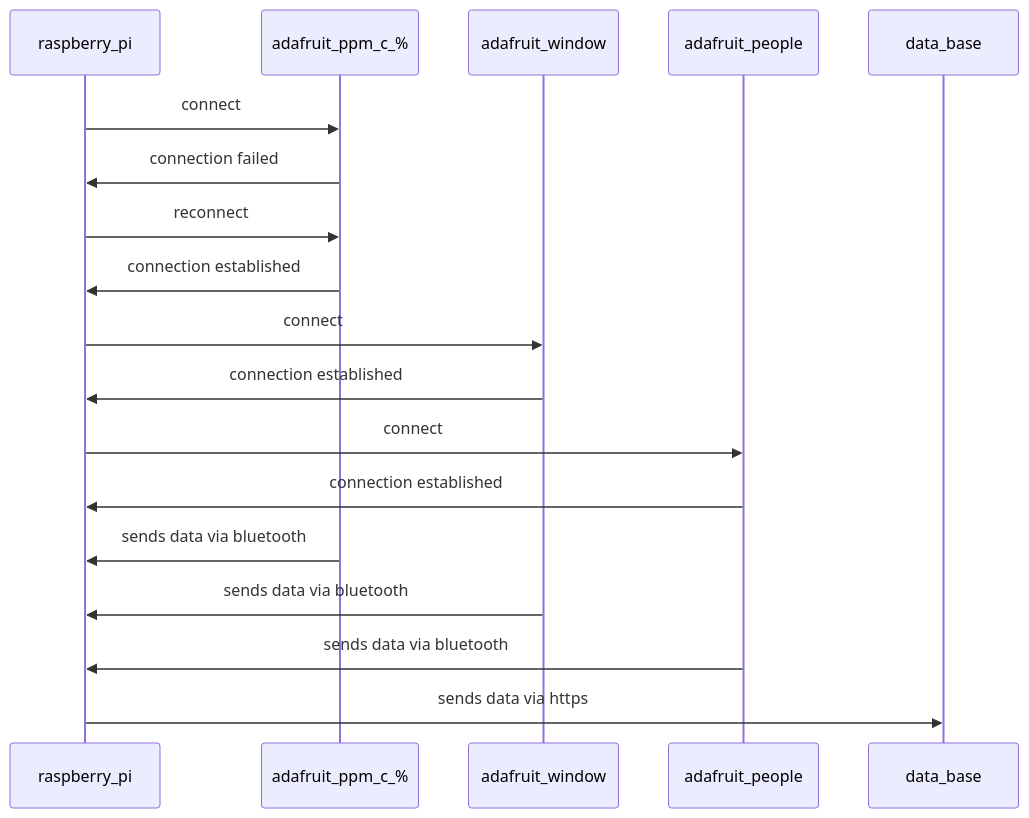
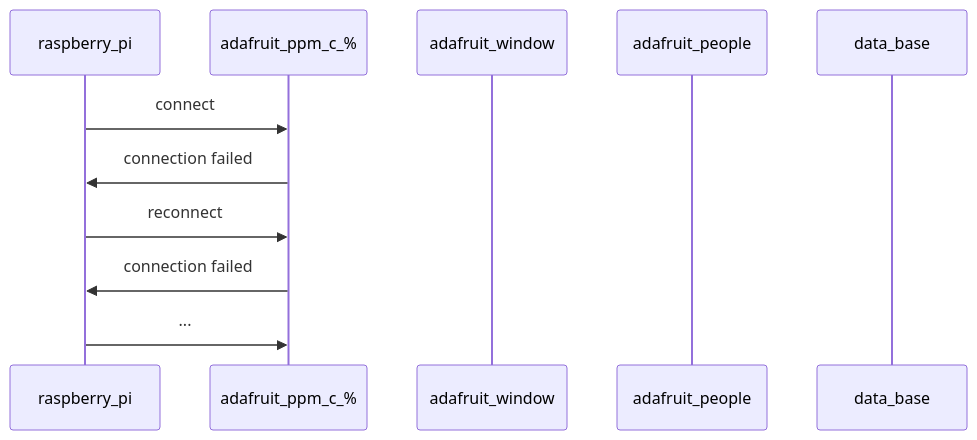
The second of 2 diagrams in abgabe_bericht/software_module_sequenzdiagramme/main_unit.md (nicolarohner1337/smartclassroom), drawn with Mermaid before and after one commit.

````diff
--- a/abgabe_bericht/software_module_sequenzdiagramme/main_unit.md
+++ b/abgabe_bericht/software_module_sequenzdiagramme/main_unit.md
@@ -21,20 +21,14 @@
 ```mermaid
 sequenceDiagram
     participant raspberry_pi
     participant adafruit_ppm_c_%
     participant adafruit_window
     participant adafruit_people
     participant data_base
     raspberry_pi->>adafruit_ppm_c_%: connect
     adafruit_ppm_c_%->>raspberry_pi: connection failed
     raspberry_pi->>adafruit_ppm_c_%: reconnect
-    adafruit_ppm_c_%->>raspberry_pi: connection established
-    raspberry_pi->>adafruit_window: connect
-    adafruit_window->>raspberry_pi: connection established
-    raspberry_pi->>adafruit_people: connect
-    adafruit_people->>raspberry_pi: connection established
-    adafruit_ppm_c_%->>raspberry_pi: sends data via bluetooth
-    adafruit_window->>raspberry_pi: sends data via bluetooth
-    adafruit_people->>raspberry_pi: sends data via bluetooth
-    raspberry_pi->>data_base: sends data via https
+    adafruit_ppm_c_%->>raspberry_pi: connection failed
+    raspberry_pi->>adafruit_ppm_c_%: ...
+
 ```
````
